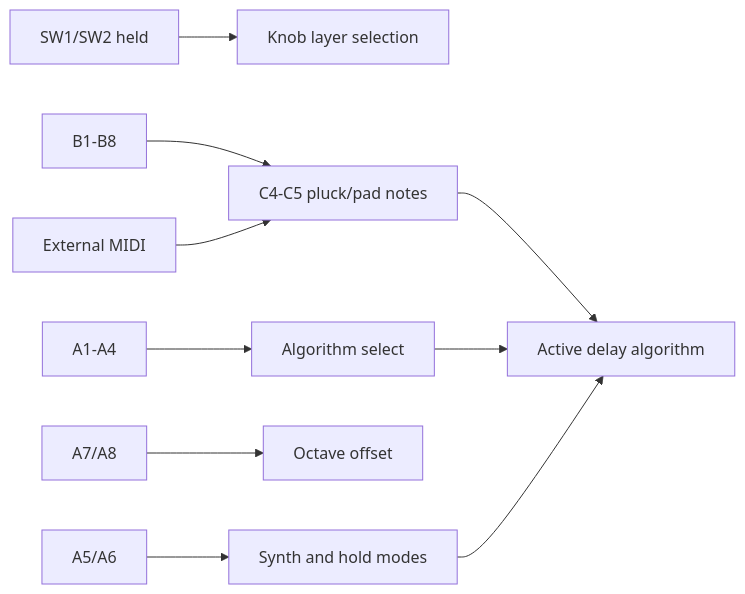
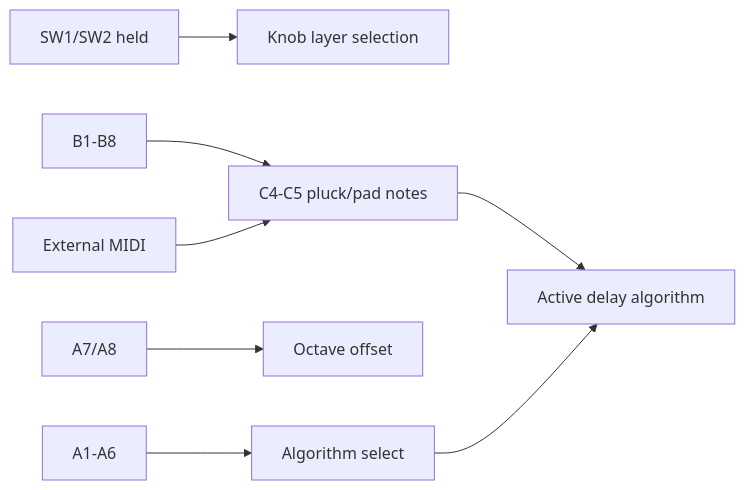
The fourth of 5 diagrams in MyProjects/_projects/Field_delay_bundle/CONTROLS.md (Denys/DaisyExamples), drawn with Mermaid before and after one commit. The commit also changed other lines of this file and 97 other files, not shown here.

````diff
--- a/MyProjects/_projects/Field_delay_bundle/CONTROLS.md
+++ b/MyProjects/_projects/Field_delay_bundle/CONTROLS.md
@@ -86,12 +90,10 @@
 ```mermaid
 flowchart LR
     SW["SW1/SW2 held"] --> LAYERS["Knob layer selection"]
-    A14["A1-A4"] --> SELECT["Algorithm select"]
-    A56["A5/A6"] --> STATE["Synth and hold modes"]
+    A16["A1-A6"] --> SELECT["Algorithm select"]
     A78["A7/A8"] --> OCT["Octave offset"]
     BROW["B1-B8"] --> NOTES["C4-C5 pluck/pad notes"]
     MIDI["External MIDI"] --> NOTES
     NOTES --> DSP["Active delay algorithm"]
     SELECT --> DSP
-    STATE --> DSP
 ```
````
